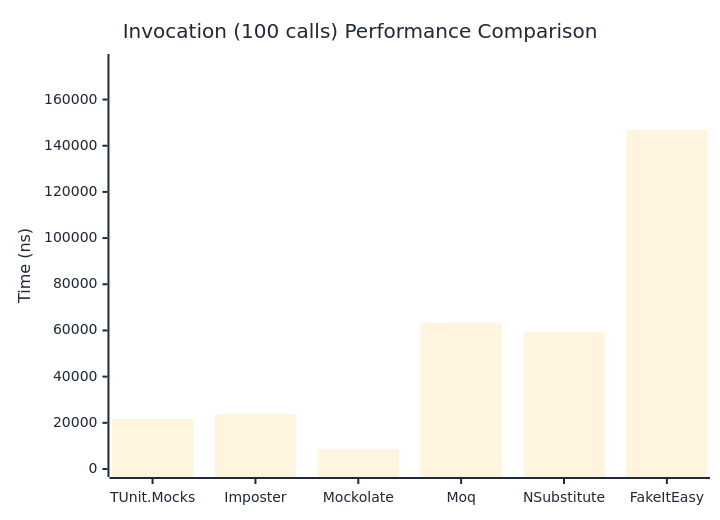
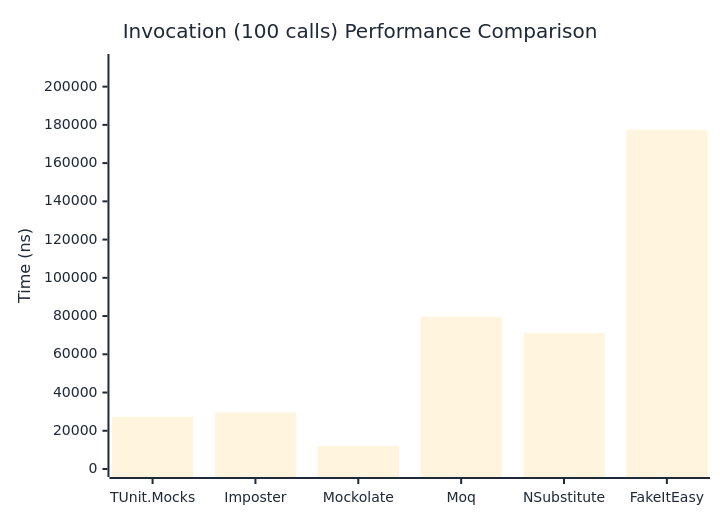
Before and after one commit to thomhurst/TUnit: the third of 3 diagrams in docs/docs/benchmarks/mocks/Invocation.md, drawn with Mermaid. The commit also changed other lines of this file and 14 other files, not shown here.

````diff
--- a/docs/docs/benchmarks/mocks/Invocation.md
+++ b/docs/docs/benchmarks/mocks/Invocation.md
@@ -112,27 +112,27 @@
 ```mermaid
 %%{init: {
   'theme':'base',
   'themeVariables': {
     'primaryColor': '#2563eb',
     'primaryTextColor': '#1f2937',
     'primaryBorderColor': '#1e40af',
     'lineColor': '#6b7280',
     'secondaryColor': '#7c3aed',
     'tertiaryColor': '#dc2626',
     'background': '#ffffff',
     'pie1': '#2563eb',
     'pie2': '#7c3aed',
     'pie3': '#dc2626',
     'pie4': '#f59e0b',
     'pie5': '#10b981',
     'pie6': '#06b6d4',
     'pie7': '#ec4899',
     'pie8': '#6366f1'
   }
 }}%%
 xychart-beta
   title "Invocation (100 calls) Performance Comparison"
   x-axis ["TUnit.Mocks", "Imposter", "Mockolate", "Moq", "NSubstitute", "FakeItEasy"]
-  y-axis "Time (ns)" 0 --> 176260
-  bar [21591.31, 23854.4, 8698.77, 63104.89, 59385.23, 146882.68]
+  y-axis "Time (ns)" 0 --> 212887
+  bar [27311.7, 29574.5, 12015.1, 79654.2, 71188.4, 177405.7]
 ```
````
